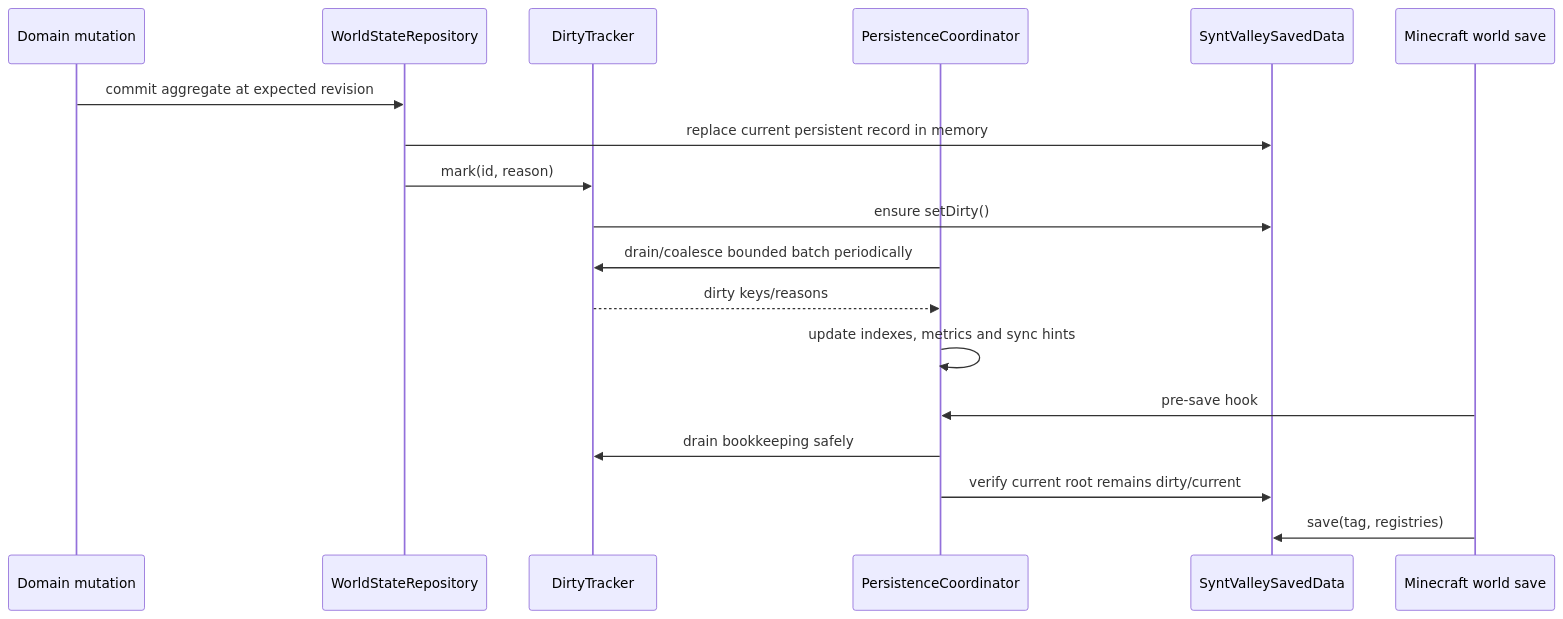
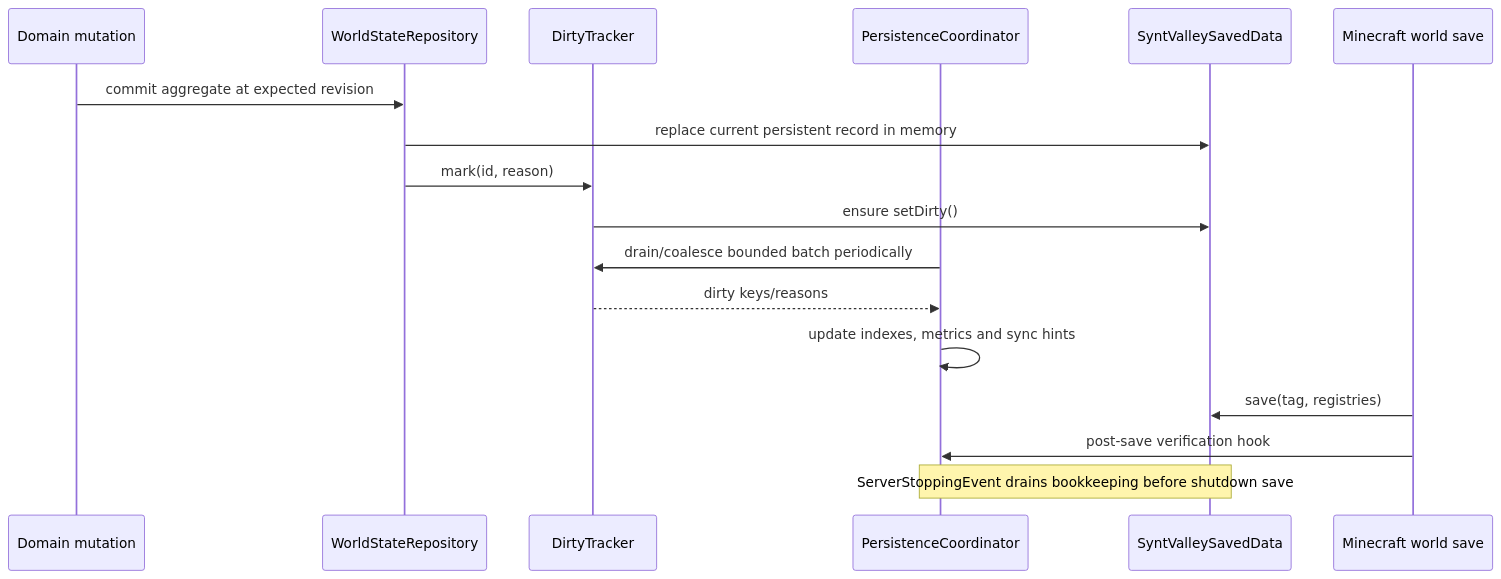
Before and after one commit to Massserr/SyntValley: the fifth of 5 diagrams in ARCHITECTURE.md, drawn with Mermaid. The commit also changed other lines of this file and 59 other files, not shown here.

````diff
--- a/ARCHITECTURE.md
+++ b/ARCHITECTURE.md
@@ -476,21 +476,20 @@
 ```mermaid
 sequenceDiagram
     participant Event as Domain mutation
     participant Repo as WorldStateRepository
     participant Dirty as DirtyTracker
     participant Coord as PersistenceCoordinator
     participant SD as SyntValleySavedData
     participant MC as Minecraft world save
 
     Event->>Repo: commit aggregate at expected revision
     Repo->>SD: replace current persistent record in memory
     Repo->>Dirty: mark(id, reason)
     Dirty->>SD: ensure setDirty()
     Coord->>Dirty: drain/coalesce bounded batch periodically
     Dirty-->>Coord: dirty keys/reasons
     Coord->>Coord: update indexes, metrics and sync hints
-    MC->>Coord: pre-save hook
-    Coord->>Dirty: drain bookkeeping safely
-    Coord->>SD: verify current root remains dirty/current
     MC->>SD: save(tag, registries)
+    MC->>Coord: post-save verification hook
+    Note over Coord,SD: ServerStoppingEvent drains bookkeeping before shutdown save
 ```
````
